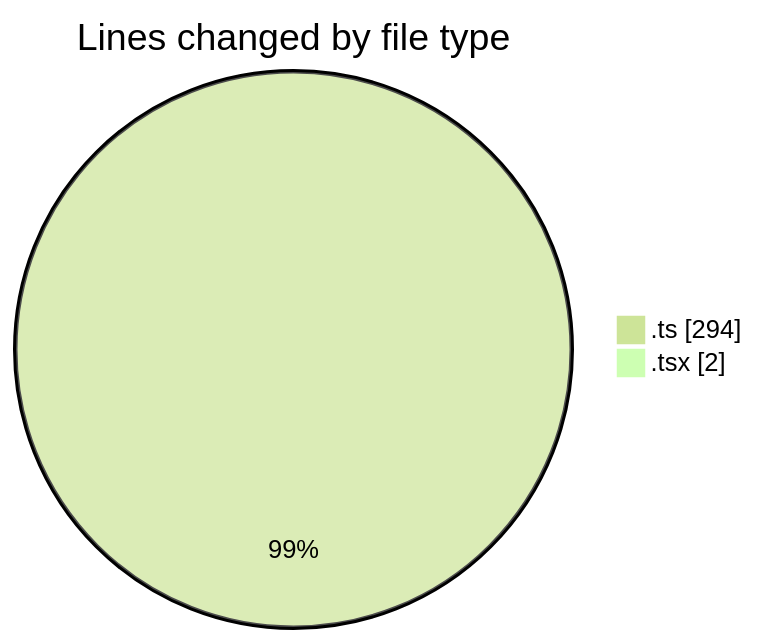
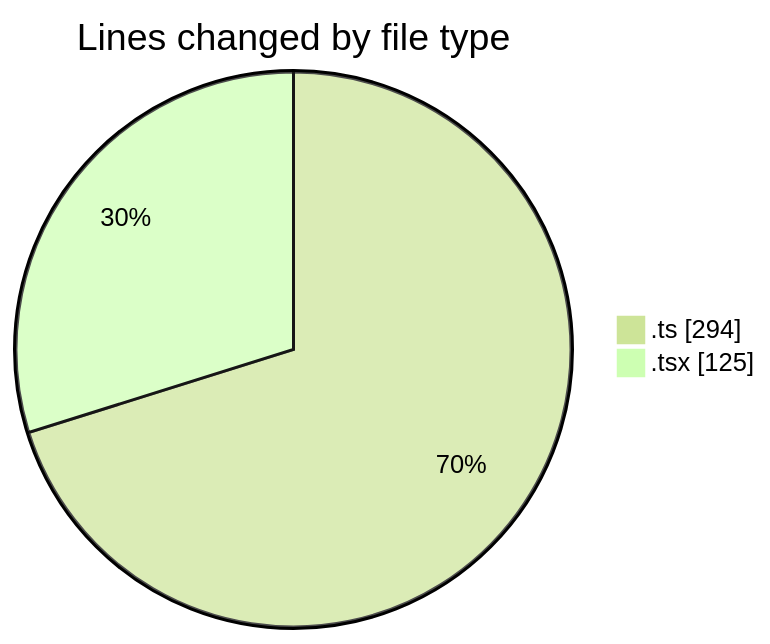
Before and after one commit to momahboobian/code-tracking: the first of 2 diagrams in 2026-09-09/cda/README.md, drawn with Mermaid (forest theme). The commit also changed other lines of this file and 1 other file, not shown here.

````diff
--- a/2026-09-09/cda/README.md
+++ b/2026-09-09/cda/README.md
@@ -23,6 +24,6 @@
 ```mermaid
 pie showData
 title Lines changed by file type
 ".ts" : 294
-".tsx" : 2
+".tsx" : 125
 ```
````
